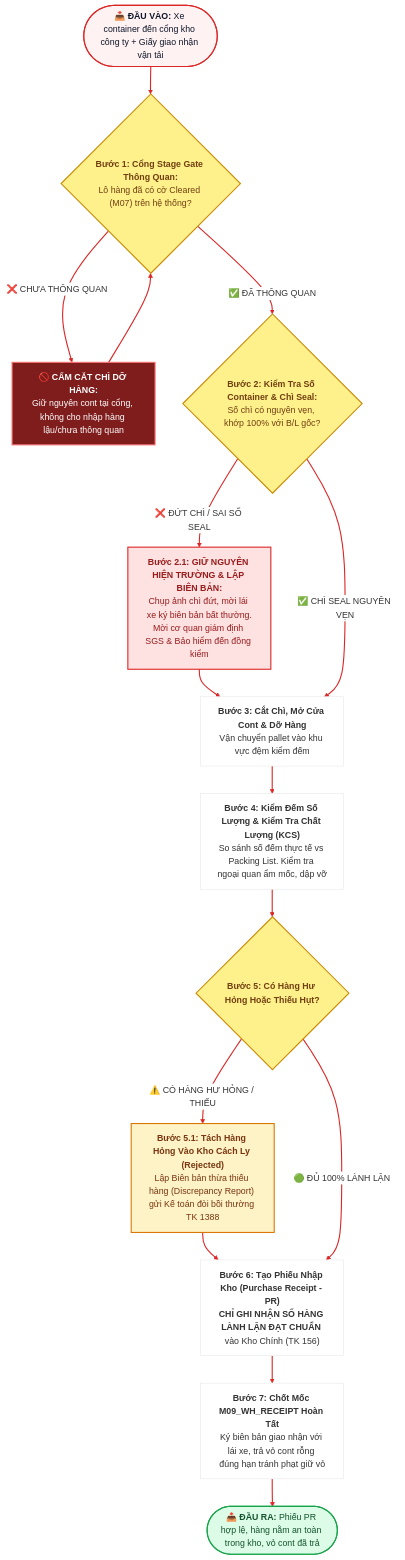
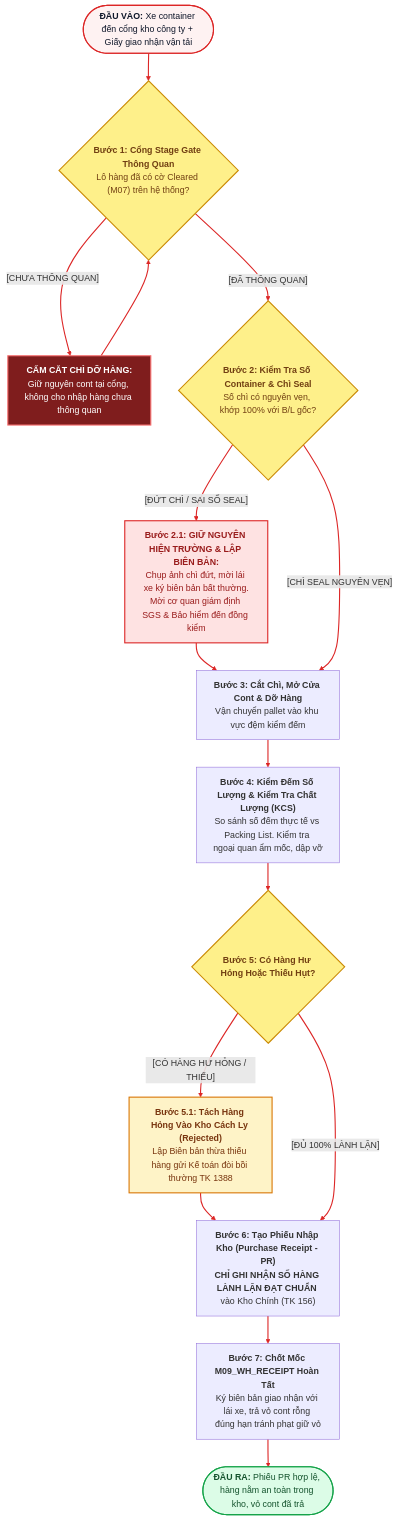
One commit to capkimkhanh2k5/Logistics_ERPNext_RAG changed the seventh of 7 diagrams in LUONG_NGHIEP_VU_CAC_VAI_TRO_XUAT_NHAP_KHAU.md. Above: the diagram before and after it, drawn with Mermaid. The commit also changed other lines of this file, not shown here.

Commit message:
docs: remove all icons and apply clean Inter/Segoe UI typography across all diagrams

````diff
--- a/LUONG_NGHIEP_VU_CAC_VAI_TRO_XUAT_NHAP_KHAU.md
+++ b/LUONG_NGHIEP_VU_CAC_VAI_TRO_XUAT_NHAP_KHAU.md
@@ -312,37 +368,48 @@
 ```mermaid
-%%{init: {'theme': 'base', 'themeVariables': {'primaryColor': '#FFFFFF', 'lineColor': '#DC2626'}}}%%
+%%{init: {
+  'theme': 'base',
+  'themeVariables': {
+    'fontFamily': "'Inter', 'Segoe UI', -apple-system, Roboto, sans-serif",
+    'fontSize': '13px',
+    'primaryColor': '#FFFFFF',
+    'primaryTextColor': '#0F172A',
+    'primaryBorderColor': '#DC2626',
+    'lineColor': '#DC2626',
+    'edgeLabelBackground':'#FFFFFF'
+  }
+}}%%
 flowchart TD
-    W_IN(["📥 <b>ĐẦU VÀO:</b> Xe container đến cổng kho công ty + Giấy giao nhận vận tải"]) --> W1
-    W1{"<b>Bước 1: Cổng Stage Gate Thông Quan:</b><br>Lô hàng đã có cờ Cleared (M07) trên hệ thống?"}
+    W_IN(["<b>ĐẦU VÀO:</b> Xe container đến cổng kho công ty + Giấy giao nhận vận tải"]) --> W1
+    W1{"<b>Bước 1: Cổng Stage Gate Thông Quan</b><br>Lô hàng đã có cờ Cleared (M07) trên hệ thống?"}
     
-    W1 -- "❌ CHƯA THÔNG QUAN" --> W_BLOCK["🚫 <b>CẤM CẮT CHÌ DỠ HÀNG:</b><br>Giữ nguyên cont tại cổng, không cho nhập hàng lậu/chưa thông quan"]
+    W1 -- "[CHƯA THÔNG QUAN]" --> W_BLOCK["<b>CẤM CẮT CHÌ DỠ HÀNG:</b><br>Giữ nguyên cont tại cổng, không cho nhập hàng chưa thông quan"]
     W_BLOCK --> W1
     
-    W1 -- "✅ ĐÃ THÔNG QUAN" --> W2{"<b>Bước 2: Kiểm Tra Số Container & Chì Seal:</b><br>Số chì có nguyên vẹn, khớp 100% với B/L gốc?"}
+    W1 -- "[ĐÃ THÔNG QUAN]" --> W2{"<b>Bước 2: Kiểm Tra Số Container & Chì Seal</b><br>Số chì có nguyên vẹn, khớp 100% với B/L gốc?"}
     
-    W2 -- "❌ ĐỨT CHÌ / SAI SỐ SEAL" --> W_SURVEY["<b>Bước 2.1: GIỮ NGUYÊN HIỆN TRƯỜNG & LẬP BIÊN BẢN:</b><br>Chụp ảnh chì đứt, mời lái xe ký biên bản bất thường.<br>Mời cơ quan giám định SGS & Bảo hiểm đến đồng kiểm"] --> W3
+    W2 -- "[ĐỨT CHÌ / SAI SỐ SEAL]" --> W_SURVEY["<b>Bước 2.1: GIỮ NGUYÊN HIỆN TRƯỜNG & LẬP BIÊN BẢN:</b><br>Chụp ảnh chì đứt, mời lái xe ký biên bản bất thường.<br>Mời cơ quan giám định SGS & Bảo hiểm đến đồng kiểm"] --> W3
     
-    W2 -- "✅ CHÌ SEAL NGUYÊN VẸN" --> W3["<b>Bước 3: Cắt Chì, Mở Cửa Cont & Dỡ Hàng</b><br>Vận chuyển pallet vào khu vực đệm kiểm đếm"] --> W4
+    W2 -- "[CHÌ SEAL NGUYÊN VẸN]" --> W3["<b>Bước 3: Cắt Chì, Mở Cửa Cont & Dỡ Hàng</b><br>Vận chuyển pallet vào khu vực đệm kiểm đếm"] --> W4
     
     W4["<b>Bước 4: Kiểm Đếm Số Lượng & Kiểm Tra Chất Lượng (KCS)</b><br>So sánh số đếm thực tế vs Packing List. Kiểm tra ngoại quan ẩm mốc, dập vỡ"] --> W5
     
     W5{"<b>Bước 5: Có Hàng Hư Hỏng Hoặc Thiếu Hụt?</b>"}
     
-    W5 -- "⚠️ CÓ HÀNG HƯ HỎNG / THIẾU" --> W_SPLIT["<b>Bước 5.1: Tách Hàng Hỏng Vào Kho Cách Ly (Rejected)</b><br>Lập Biên bản thừa thiếu hàng (Discrepancy Report) gửi Kế toán đòi bồi thường TK 1388"] --> W6
+    W5 -- "[CÓ HÀNG HƯ HỎNG / THIẾU]" --> W_SPLIT["<b>Bước 5.1: Tách Hàng Hỏng Vào Kho Cách Ly (Rejected)</b><br>Lập Biên bản thừa thiếu hàng gửi Kế toán đòi bồi thường TK 1388"] --> W6
     
-    W5 -- "🟢 ĐỦ 100% LÀNH LẶN" --> W6["<b>Bước 6: Tạo Phiếu Nhập Kho (Purchase Receipt - PR)</b><br><b>CHỈ GHI NHẬN SỐ HÀNG LÀNH LẶN ĐẠT CHUẨN</b> vào Kho Chính (TK 156)"] --> W7
+    W5 -- "[ĐỦ 100% LÀNH LẶN]" --> W6["<b>Bước 6: Tạo Phiếu Nhập Kho (Purchase Receipt - PR)</b><br><b>CHỈ GHI NHẬN SỐ HÀNG LÀNH LẶN ĐẠT CHUẨN</b> vào Kho Chính (TK 156)"] --> W7
     
     W7["<b>Bước 7: Chốt Mốc M09_WH_RECEIPT Hoàn Tất</b><br>Ký biên bản giao nhận với lái xe, trả vỏ cont rỗng đúng hạn tránh phạt giữ vỏ"] --> W_OUT
     
-    W_OUT(["📤 <b>ĐẦU RA:</b> Phiếu PR hợp lệ, hàng nằm an toàn trong kho, vỏ cont đã trả"])
+    W_OUT(["<b>ĐẦU RA:</b> Phiếu PR hợp lệ, hàng nằm an toàn trong kho, vỏ cont đã trả"])
 
     style W_IN fill:#FEF2F2,stroke:#DC2626,stroke-width:2px,color:#0F172A
     style W1 fill:#FEF08A,stroke:#CA8A04,stroke-width:2px,color:#713F12
     style W2 fill:#FEF08A,stroke:#CA8A04,stroke-width:2px,color:#713F12
     style W5 fill:#FEF08A,stroke:#CA8A04,stroke-width:2px,color:#713F12
     style W_BLOCK fill:#7F1D1D,stroke:#F87171,stroke-width:2px,color:#FFFFFF
     style W_SURVEY fill:#FEE2E2,stroke:#DC2626,stroke-width:2px,color:#991B1B
     style W_SPLIT fill:#FEF3C7,stroke:#D97706,stroke-width:2px,color:#78350F
     style W_OUT fill:#DCFCE7,stroke:#16A34A,stroke-width:2px,color:#14532D
     linkStyle default stroke:#DC2626,stroke-width:2px;
 ```
````
